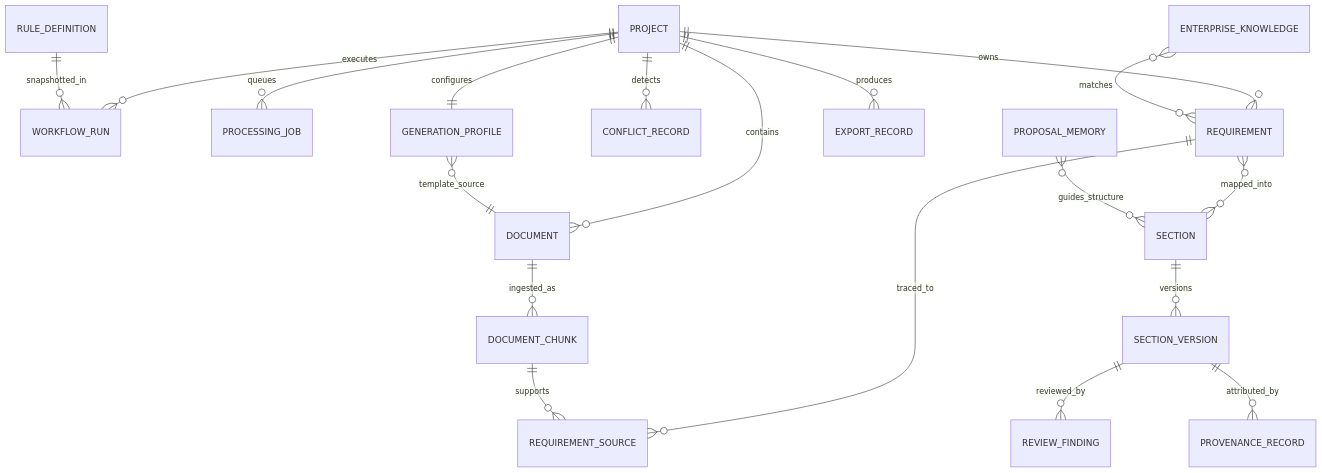
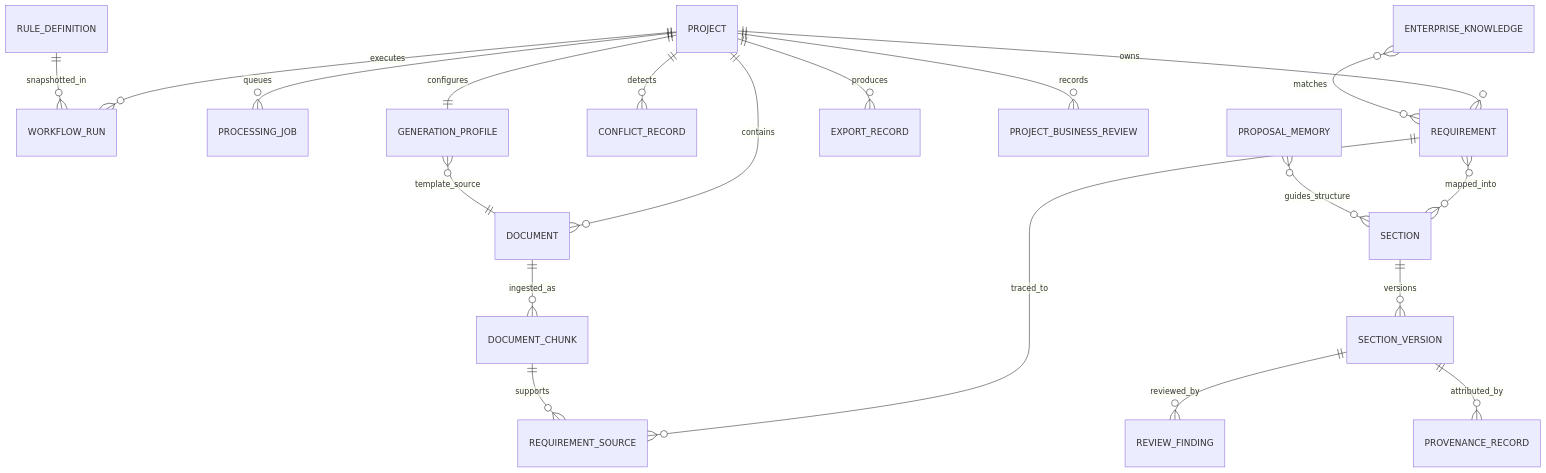
One commit to angela19990616-alt/bid-agent changed the sixth of 8 diagrams in docs/CURRENT_SYSTEM_ARCHITECTURE.md. Above: the diagram before and after it, drawn with Mermaid. The commit also changed other lines of this file and 21 other files, not shown here.

````diff
--- a/docs/CURRENT_SYSTEM_ARCHITECTURE.md
+++ b/docs/CURRENT_SYSTEM_ARCHITECTURE.md
@@ -196,21 +200,22 @@
 ```mermaid
 erDiagram
     PROJECT ||--o{ DOCUMENT : contains
     DOCUMENT ||--o{ DOCUMENT_CHUNK : ingested_as
     PROJECT ||--o{ WORKFLOW_RUN : executes
     PROJECT ||--o{ PROCESSING_JOB : queues
     PROJECT ||--o{ REQUIREMENT : owns
     REQUIREMENT ||--o{ REQUIREMENT_SOURCE : traced_to
     DOCUMENT_CHUNK ||--o{ REQUIREMENT_SOURCE : supports
     REQUIREMENT }o--o{ SECTION : mapped_into
     SECTION ||--o{ SECTION_VERSION : versions
     SECTION_VERSION ||--o{ REVIEW_FINDING : reviewed_by
     SECTION_VERSION ||--o{ PROVENANCE_RECORD : attributed_by
     PROJECT ||--o{ CONFLICT_RECORD : detects
     PROJECT ||--|| GENERATION_PROFILE : configures
     GENERATION_PROFILE }o--|| DOCUMENT : template_source
     PROJECT ||--o{ EXPORT_RECORD : produces
+    PROJECT ||--o{ PROJECT_BUSINESS_REVIEW : records
     ENTERPRISE_KNOWLEDGE }o--o{ REQUIREMENT : matches
     PROPOSAL_MEMORY }o--o{ SECTION : guides_structure
     RULE_DEFINITION ||--o{ WORKFLOW_RUN : snapshotted_in
 ```
````
